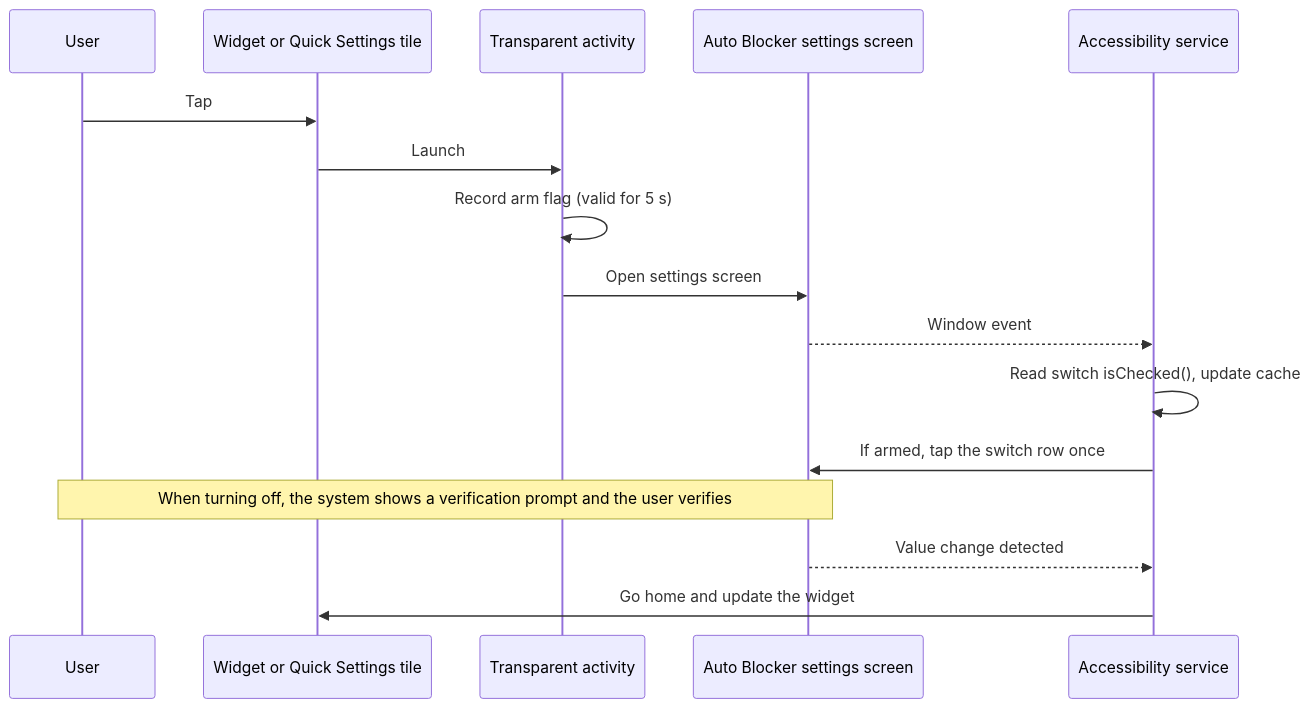
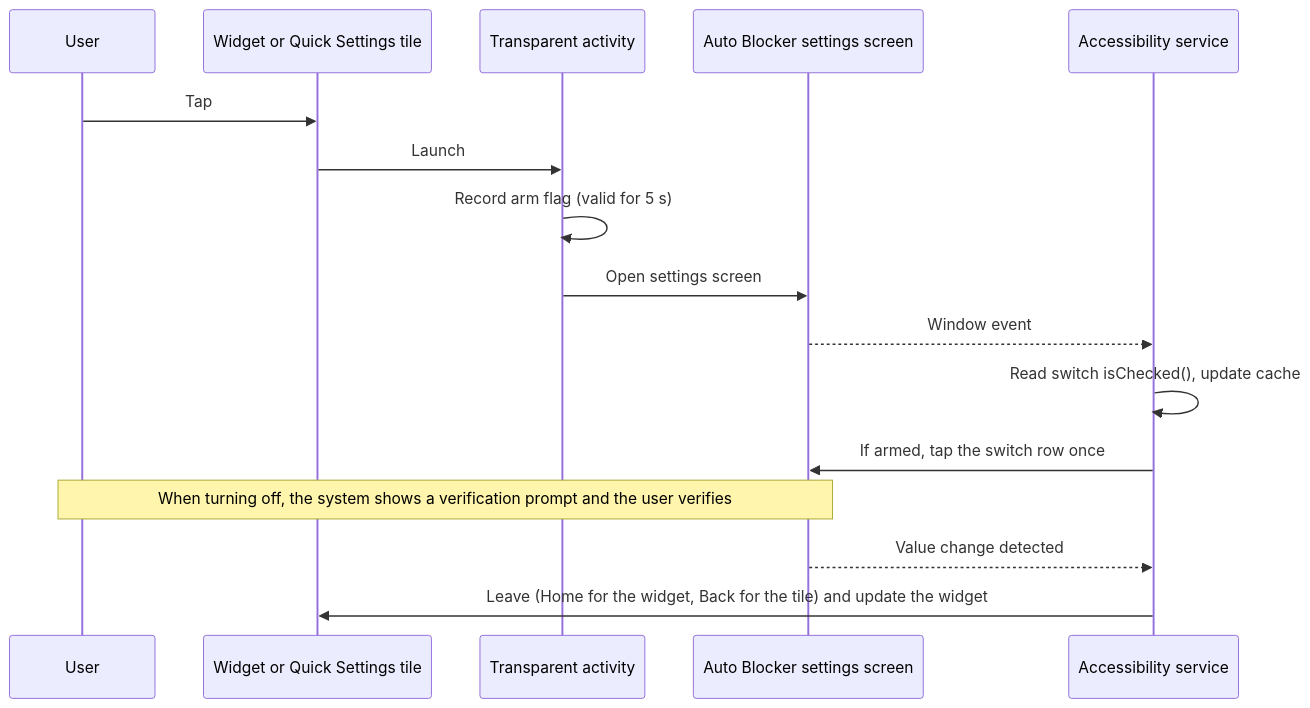
The diagram in docs/guide.md (gyuminlee-repo/auto-blocker-widget), drawn with Mermaid before and after one commit. The commit also changed other lines of this file and 9 other files, not shown here.

````diff
--- a/docs/guide.md
+++ b/docs/guide.md
@@ -112,18 +113,18 @@
 ```mermaid
 sequenceDiagram
     participant U as User
     participant W as Widget or Quick Settings tile
     participant T as Transparent activity
     participant R as Auto Blocker settings screen
     participant S as Accessibility service
     U->>W: Tap
     W->>T: Launch
     T->>T: Record arm flag (valid for 5 s)
     T->>R: Open settings screen
     R-->>S: Window event
     S->>S: Read switch isChecked(), update cache
     S->>R: If armed, tap the switch row once
     Note over R,U: When turning off, the system shows a verification prompt and the user verifies
     R-->>S: Value change detected
-    S->>W: Go home and update the widget
+    S->>W: Leave (Home for the widget, Back for the tile) and update the widget
 ```
````
